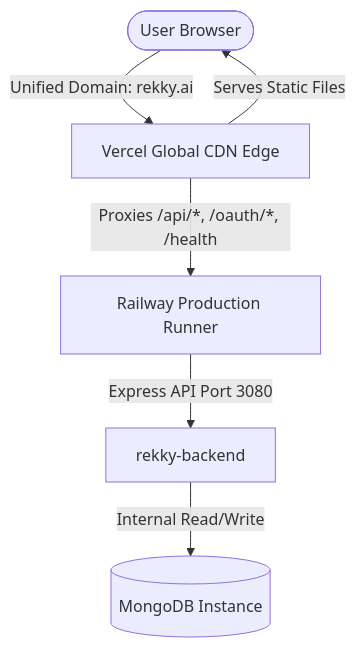
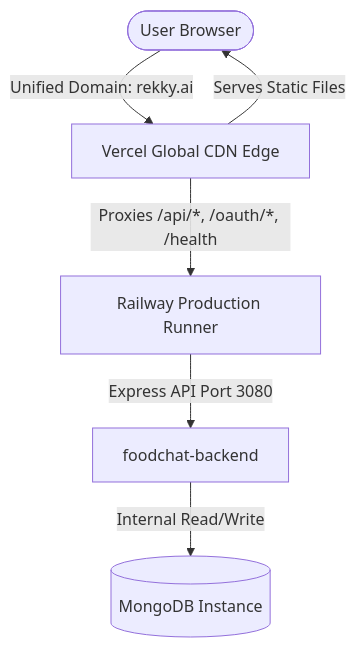
One commit to sahilvermadev/foodchat changed the diagram in DEPLOYMENT.md. Above: the diagram before and after it, drawn with Mermaid. The commit also changed other lines of this file and 1 other file, not shown here.

Commit message:
Fix production backend proxy target

````diff
--- a/DEPLOYMENT.md
+++ b/DEPLOYMENT.md
@@ -19,8 +19,8 @@
 ```mermaid
 graph TD
     User([User Browser]) -->|Unified Domain: rekky.ai| Vercel[Vercel Global CDN Edge]
     Vercel -->|Serves Static Files| User
     Vercel -->|Proxies /api/*, /oauth/*, /health| Railway[Railway Production Runner]
-    Railway -->|Express API Port 3080| Backend[rekky-backend]
+    Railway -->|Express API Port 3080| Backend[foodchat-backend]
     Backend -->|Internal Read/Write| Mongo[(MongoDB Instance)]
 ```
````
